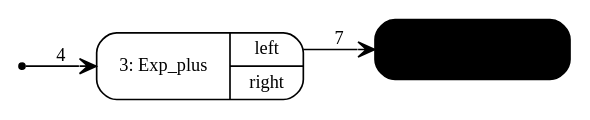
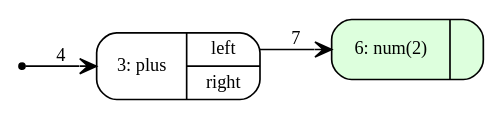
Before and after one commit to fplab/grove-paper: the diagram in graphviz/simple-tree-with-hole.dot, drawn with Graphviz. The commit also changed 7 other files, not shown here.

```diff
--- a/graphviz/simple-tree-with-hole.dot
+++ b/graphviz/simple-tree-with-hole.dot
@@ -1,10 +1,10 @@
-digraph simpletreewithholeX {
-node [shape=Mrecord,fontsize=11,ranksep=0];
-edge [arrowhead=vee,fontsize=11,weight=2];
-rankdir = LR;
-{rank=min; n0 [shape=point]};
-n0 [label="{0: Root_root|{<root> root}}",style=filled,fillcolor=black];
-n3 [label="{3: Exp_plus|{<left> left|<right> right}}",style=filled,fillcolor=white];
-n6 [label="{6: Exp_num(2)|{}}",style=filled,fillcolor="##ddffdd"];
-n3:left -> n6 [color=black,label="7",edgeURL="##"];
-n0:root -> n3 [color=black,label="4",edgeURL="##"]}
+digraph G {
+   node [shape=Mrecord,fontsize=11,ranksep=0];
+   edge [arrowhead=vee,fontsize=11,weight=2];
+   rankdir = LR;
+   {rank=min; n0 [shape=point]};
+   n0 [label="{0: root|{<root> root}}",style=filled,fillcolor=black];
+n3 [label="{3: plus|{<left> left|<right> right}}",style=filled,fillcolor=white];
+n6 [label="{6: num(2)|{}}",style=filled,fillcolor="#ddffdd"];
+n3:left -> n6 [color=black,label="7",edgeURL="#",edgetooltip="id: 7\nsource: 3\nindex: Lang.Index.Exp_plus_left\ntarget: 6",labeltooltip="id: 7\nsource: 3\nindex: Lang.Index.Exp_plus_left\ntarget: 6"];
+n0:root -> n3 [color=black,label="4",edgeURL="#",edgetooltip="id: 4\nsource: 0\nindex: Lang.Index.Root_root_root\ntarget: 3",labeltooltip="id: 4\nsource: 0\nindex: Lang.Index.Root_root_root\ntarget: 3"]}
```
